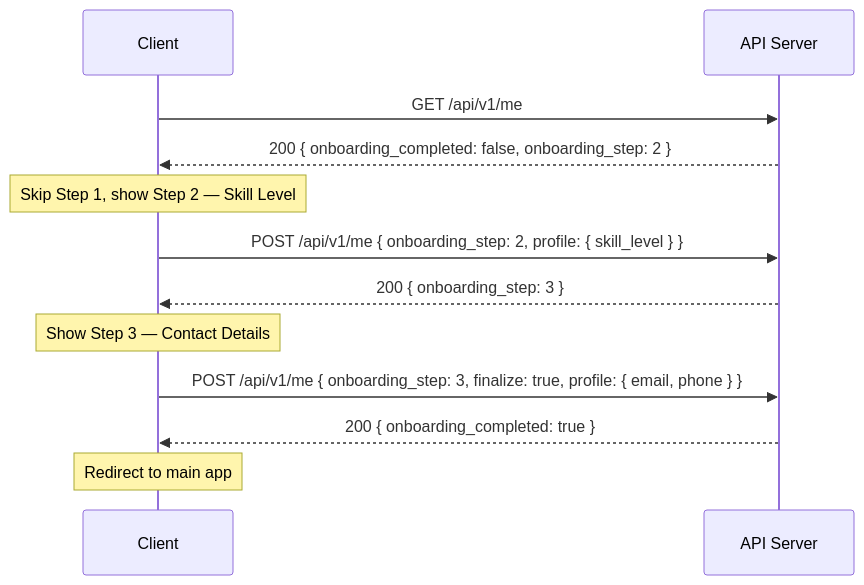
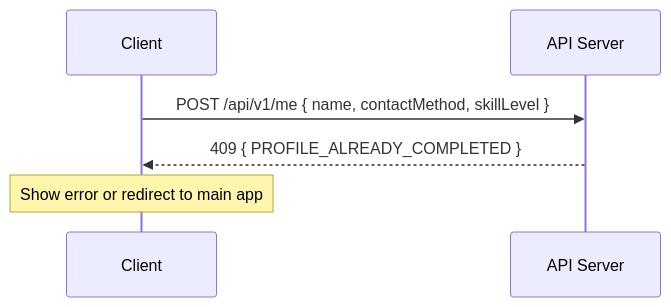
One commit to upmatches/upmatches-wiki changed the third of 3 diagrams in upmatches-docs/docs/modules/new-user-onboarding.md. Above: the diagram before and after it, drawn with Mermaid. The commit also changed other lines of this file, not shown here.

First line of the commit message:
docs(onboarding): rewrite user onboarding documentation

````diff
--- a/upmatches-docs/docs/modules/new-user-onboarding.md
+++ b/upmatches-docs/docs/modules/new-user-onboarding.md
@@ -108,18 +165,10 @@
 ```mermaid
 sequenceDiagram
     participant Client
     participant API as API Server
 
-    Client->>API: GET /api/v1/me
-    API-->>Client: 200 { onboarding_completed: false, onboarding_step: 2 }
+    Client->>API: POST /api/v1/me { name, contactMethod, skillLevel }
+    API-->>Client: 409 { PROFILE_ALREADY_COMPLETED }
 
-    Note over Client: Skip Step 1, show Step 2 — Skill Level
-    Client->>API: POST /api/v1/me { onboarding_step: 2, profile: { skill_level } }
-    API-->>Client: 200 { onboarding_step: 3 }
-
-    Note over Client: Show Step 3 — Contact Details
-    Client->>API: POST /api/v1/me { onboarding_step: 3, finalize: true, profile: { email, phone } }
-    API-->>Client: 200 { onboarding_completed: true }
-
-    Note over Client: Redirect to main app
+    Note over Client: Show error or redirect to main app
 ```
````
